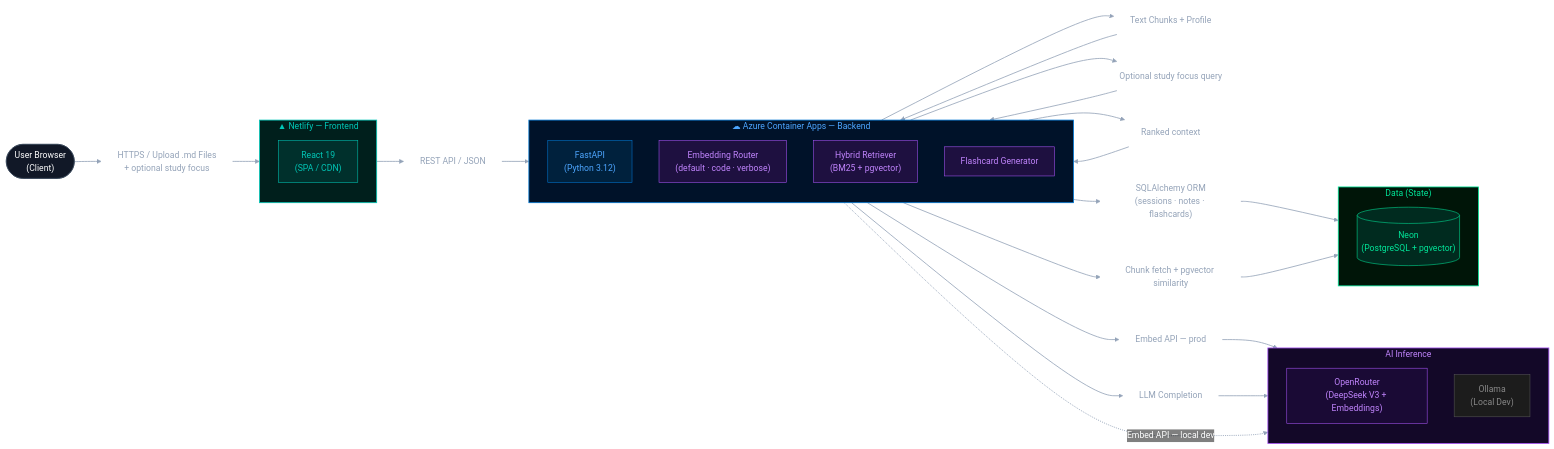
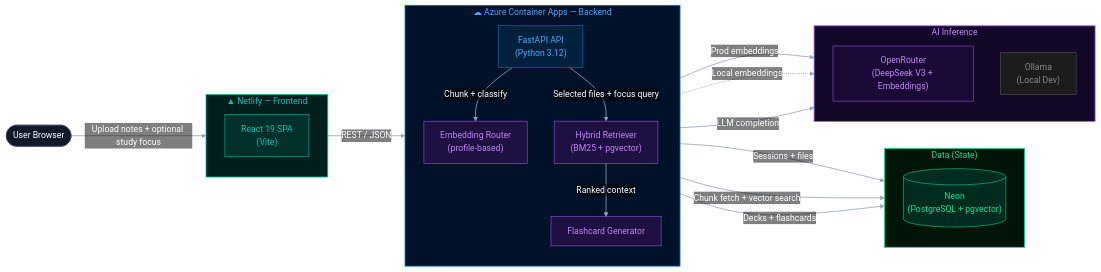
The diagram in README.md (hua0-richard/rag-obs), drawn with Mermaid before and after one commit.

Commit message:
README Cleanup

```diff
--- a/README.md
+++ b/README.md
@@ -42,17 +42,17 @@
 } }%%
 
 flowchart LR
-    User(["User Browser<br/>(Client)"])
+    User(["User Browser"])
 
     subgraph Frontend["▲ Netlify — Frontend"]
         direction TB
-        Web["React 19<br/>(SPA / CDN)"]
+        Web["React 19 SPA<br/>(Vite)"]
     end
 
     subgraph Backend["☁ Azure Container Apps — Backend"]
         direction TB
-        API["FastAPI<br/>(Python 3.12)"]
-        Embed["Embedding Router<br/>(default · code · verbose)"]
+        API["FastAPI API<br/>(Python 3.12)"]
+        Embed["Embedding Router<br/>(profile-based)"]
         Retrieve["Hybrid Retriever<br/>(BM25 + pgvector)"]
         RAG["Flashcard Generator"]
     end
@@ -68,26 +68,17 @@
         Ollama["Ollama<br/>(Local Dev)"]
     end
 
-    L_User_Web["HTTPS / Upload .md Files<br/>+ optional study focus"]
-    L_Web_API["REST API / JSON"]
-    L_API_Embed["Text Chunks + Profile"]
-    L_API_Retrieve["Optional study focus query"]
-    L_Retrieve_RAG["Ranked context"]
-    L_API_DB["SQLAlchemy ORM<br/>(sessions · notes · flashcards)"]
-    L_Embed_OR["Embed API — prod"]
-    L_RAG_OR["LLM Completion"]
-    L_Retrieve_DB["Chunk fetch + pgvector similarity"]
-
-    User --> L_User_Web --> Web
-    Web --> L_Web_API --> API
-    API --> L_API_Embed --> Embed
-    API --> L_API_Retrieve --> Retrieve
-    API --> L_API_DB --> DB
-    Embed --> L_Embed_OR --> OR
-    Embed -.->|"Embed API — local dev"| Ollama
-    Retrieve --> L_Retrieve_DB --> DB
-    Retrieve --> L_Retrieve_RAG --> RAG
-    RAG --> L_RAG_OR --> OR
+    User -->|"Upload notes + optional study focus"| Web
+    Web -->|"REST / JSON"| API
+    API -->|"Chunk + classify"| Embed
+    API -->|"Selected files + focus query"| Retrieve
+    API -->|"Sessions + files"| DB
+    Embed -->|"Prod embeddings"| OR
+    Embed -.->|"Local embeddings"| Ollama
+    Retrieve -->|"Chunk fetch + vector search"| DB
+    Retrieve -->|"Ranked context"| RAG
+    RAG -->|"LLM completion"| OR
+    RAG -->|"Decks + flashcards"| DB
 
     classDef neutral    fill:#111827,stroke:#334155,color:#ffffff;
     classDef netlify    fill:#00302c,stroke:#00c7b7,color:#00c7b7;
@@ -96,7 +87,6 @@
     classDef neon       fill:#002b1f,stroke:#00e599,color:#00e599;
     classDef openrouter fill:#1a0a35,stroke:#a855f7,color:#c084fc;
     classDef ollama     fill:#1c1c1c,stroke:#555555,color:#888888;
-    classDef edgeText   fill:transparent,stroke:transparent,color:#94a3b8;
 
     class User neutral;
     class Web netlify;
@@ -105,7 +95,6 @@
     class DB neon;
     class OR openrouter;
     class Ollama ollama;
-    class L_User_Web,L_Web_API,L_API_Embed,L_API_Retrieve,L_Retrieve_RAG,L_API_DB,L_Embed_OR,L_RAG_OR,L_Retrieve_DB edgeText;
 
     style Frontend fill:#001f1c,stroke:#00c7b7,color:#00c7b7,stroke-width:1.5px
     style Backend  fill:#001229,stroke:#0078d4,color:#4da6ff,stroke-width:1.5px
```
